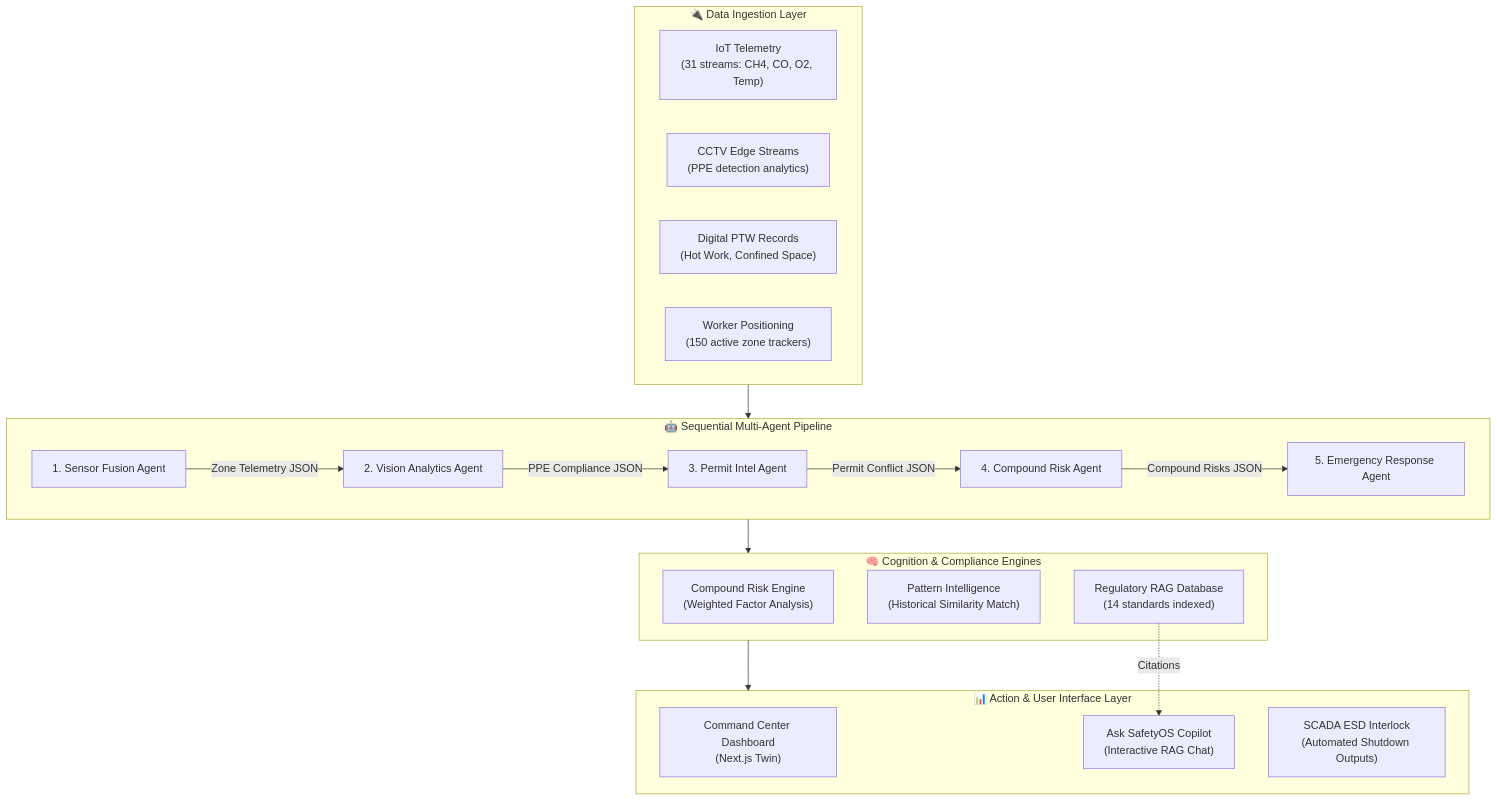
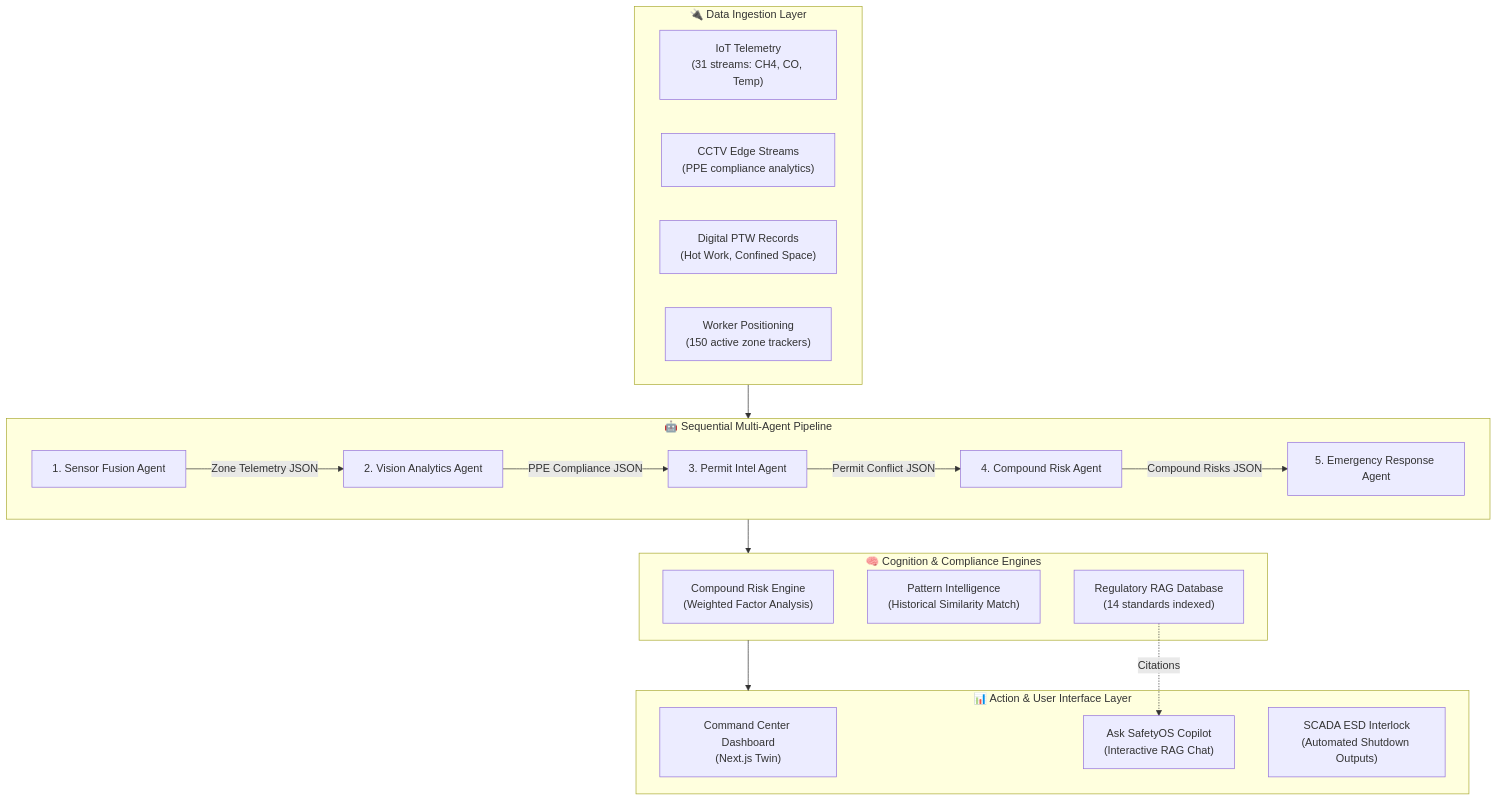
The first of 2 diagrams in README.md (AnuragKannojiya/FinGuard-SafetyOS), drawn with Mermaid before and after one commit. The commit also changed other lines of this file, not shown here.

````diff
--- a/README.md
+++ b/README.md
@@ -90,39 +46,39 @@
 ```mermaid
 graph TB
     subgraph INGESTION["🔌 Data Ingestion Layer"]
-        IOT["IoT Telemetry<br/>(31 streams: CH4, CO, O2, Temp)"]
-        CCTV["CCTV Edge Streams<br/>(PPE detection analytics)"]
+        IOT["IoT Telemetry<br/>(31 streams: CH4, CO, Temp)"]
+        CCTV["CCTV Edge Streams<br/>(PPE compliance analytics)"]
         PTW["Digital PTW Records<br/>(Hot Work, Confined Space)"]
         TRACK["Worker Positioning<br/>(150 active zone trackers)"]
     end
 
     subgraph PIPELINE["🤖 Sequential Multi-Agent Pipeline"]
         SA["1. Sensor Fusion Agent"]
         VA["2. Vision Analytics Agent"]
         PA["3. Permit Intel Agent"]
         RA["4. Compound Risk Agent"]
         EA["5. Emergency Response Agent"]
 
         SA -->|"Zone Telemetry JSON"| VA
         VA -->|"PPE Compliance JSON"| PA
         PA -->|"Permit Conflict JSON"| RA
         RA -->|"Compound Risks JSON"| EA
     end
 
     subgraph COGNITION["🧠 Cognition & Compliance Engines"]
         CRE["Compound Risk Engine<br/>(Weighted Factor Analysis)"]
         PI["Pattern Intelligence<br/>(Historical Similarity Match)"]
         RAG["Regulatory RAG Database<br/>(14 standards indexed)"]
     end
 
     subgraph ACTION["📊 Action & User Interface Layer"]
         DASH["Command Center Dashboard<br/>(Next.js Twin)"]
         COPILOT["Ask SafetyOS Copilot<br/>(Interactive RAG Chat)"]
         ESD["SCADA ESD Interlock<br/>(Automated Shutdown Outputs)"]
     end
 
     INGESTION --> PIPELINE
     PIPELINE --> COGNITION
     COGNITION --> ACTION
     RAG -.->|"Citations"| COPILOT
 ```
````
